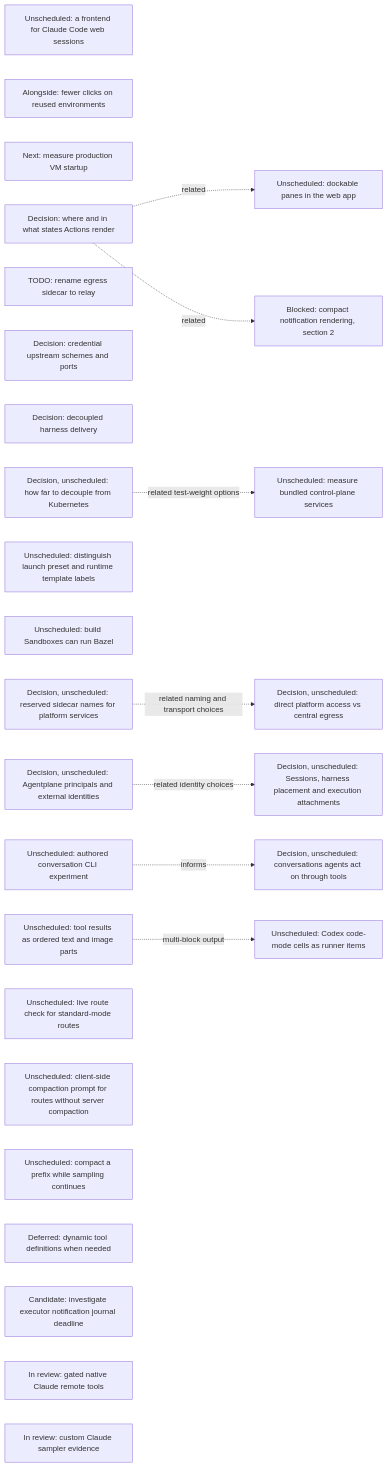
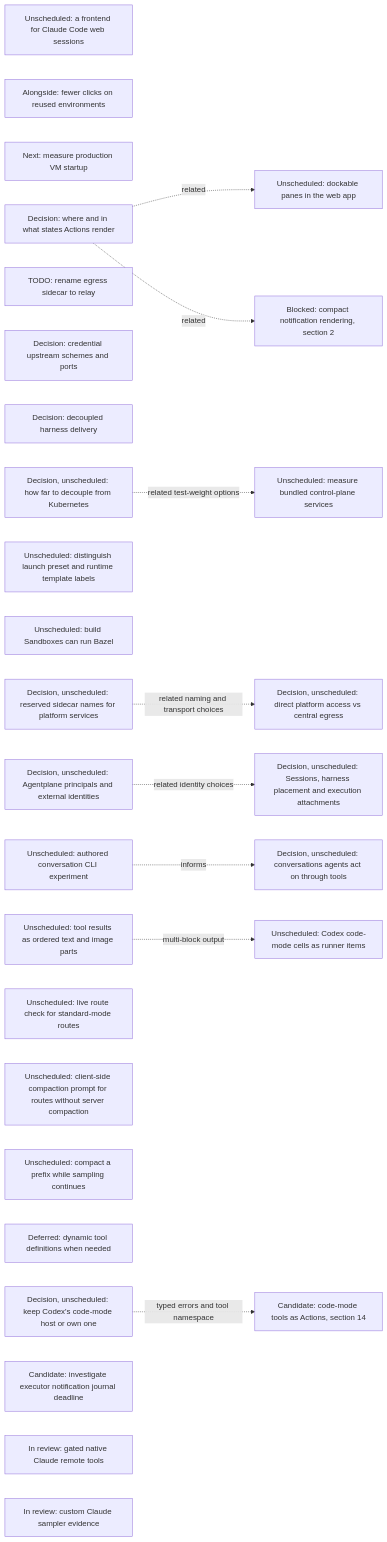
The eighth of 21 diagrams in agentplane/plans/task_dag.md (agentydragon/ducktape), drawn with Mermaid before and after one commit. The commit also changed other lines of this file and 1 other file, not shown here.

````diff
--- a/agentplane/plans/task_dag.md
+++ b/agentplane/plans/task_dag.md
@@ -967,37 +1084,39 @@
 ```mermaid
 flowchart LR
     CLAUDE_CODE_WEB_BRIDGE[Unscheduled: a frontend for Claude Code web sessions]
     SESSION_LAUNCH_FRICTION[Alongside: fewer clicks on reused environments]
     VM_STARTUP_LATENCY[Next: measure production VM startup]
     ACTION_SURFACES_DESIGN[Decision: where and in what states Actions render]
     EGRESS_RELAY_RENAME[TODO: rename egress sidecar to relay]
     EGRESS_CREDENTIAL_TRANSPORT_DESIGN[Decision: credential upstream schemes and ports]
     RUNNER_HARNESS_DELIVERY_DESIGN[Decision: decoupled harness delivery]
     K3S_BUNDLED_SERVICES_SPIKE[Unscheduled: measure bundled control-plane services]
     KUBERNETES_DECOUPLING_DESIGN[Decision, unscheduled: how far to decouple from Kubernetes]
     KUBERNETES_DECOUPLING_DESIGN -. related test-weight options .-> K3S_BUNDLED_SERVICES_SPIKE
     DOCKABLE_PANES[Unscheduled: dockable panes in the web app]
     ACTION_SURFACES_DESIGN -. related .-> DOCKABLE_PANES
     NOTIFICATION_PRESENTATION[Blocked: compact notification rendering, section 2]
     ACTION_SURFACES_DESIGN -. related .-> NOTIFICATION_PRESENTATION
     SANDBOX_FORM_TERMINOLOGY[Unscheduled: distinguish launch preset and runtime template labels]
     BUILD_BOX_BAZEL[Unscheduled: build Sandboxes can run Bazel]
     PLATFORM_SERVICE_NAMES_DESIGN[Decision, unscheduled: reserved sidecar names for platform services]
     PLATFORM_SERVICE_ROUTING_DESIGN[Decision, unscheduled: direct platform access vs central egress]
     PLATFORM_SERVICE_NAMES_DESIGN -. related naming and transport choices .-> PLATFORM_SERVICE_ROUTING_DESIGN
     SESSION_RUNTIME_MODEL_DESIGN[Decision, unscheduled: Sessions, harness placement and execution attachments]
     AGENT_PRINCIPAL_MODEL_DESIGN[Decision, unscheduled: Agentplane principals and external identities]
     AGENT_PRINCIPAL_MODEL_DESIGN -. related identity choices .-> SESSION_RUNTIME_MODEL_DESIGN
     AGENT_AUTHORED_CONVERSATIONS_DESIGN[Decision, unscheduled: conversations agents act on through tools]
     AGENT_AUTHORED_CONVERSATIONS_EXPERIMENT[Unscheduled: authored conversation CLI experiment]
     AGENT_AUTHORED_CONVERSATIONS_EXPERIMENT -. informs .-> AGENT_AUTHORED_CONVERSATIONS_DESIGN
     STRUCTURED_TOOL_OUTPUT[Unscheduled: tool results as ordered text and image parts]
     STRUCTURED_TOOL_OUTPUT -. multi-block output .-> CODEX_CODE_MODE_CELLS[Unscheduled: Codex code-mode cells as runner items]
     CENTRAL_SAMPLER_MODEL_CAPABILITIES[Unscheduled: live route check for standard-mode routes]
     CENTRAL_SAMPLER_PROMPT_COMPACTION[Unscheduled: client-side compaction prompt for routes without server compaction]
     CENTRAL_SAMPLER_BACKGROUND_COMPACTION[Unscheduled: compact a prefix while sampling continues]
     CENTRAL_SAMPLER_DYNAMIC_TOOLS[Deferred: dynamic tool definitions when needed]
+    CODE_MODE_HOST_DESIGN[Decision, unscheduled: keep Codex's code-mode host or own one]
+    CODE_MODE_HOST_DESIGN -. typed errors and tool namespace .-> CENTRAL_SESSION_DELEGATED_ACTING[Candidate: code-mode tools as Actions, section 14]
     SAMPLER_NOTIFICATION_JOURNAL[Candidate: investigate executor notification journal deadline]
     CLAUDE_REMOTE_EXECUTION_SPIKE[In review: gated native Claude remote tools]
     CLAUDE_CUSTOM_SAMPLER[In review: custom Claude sampler evidence]
 ```
````
